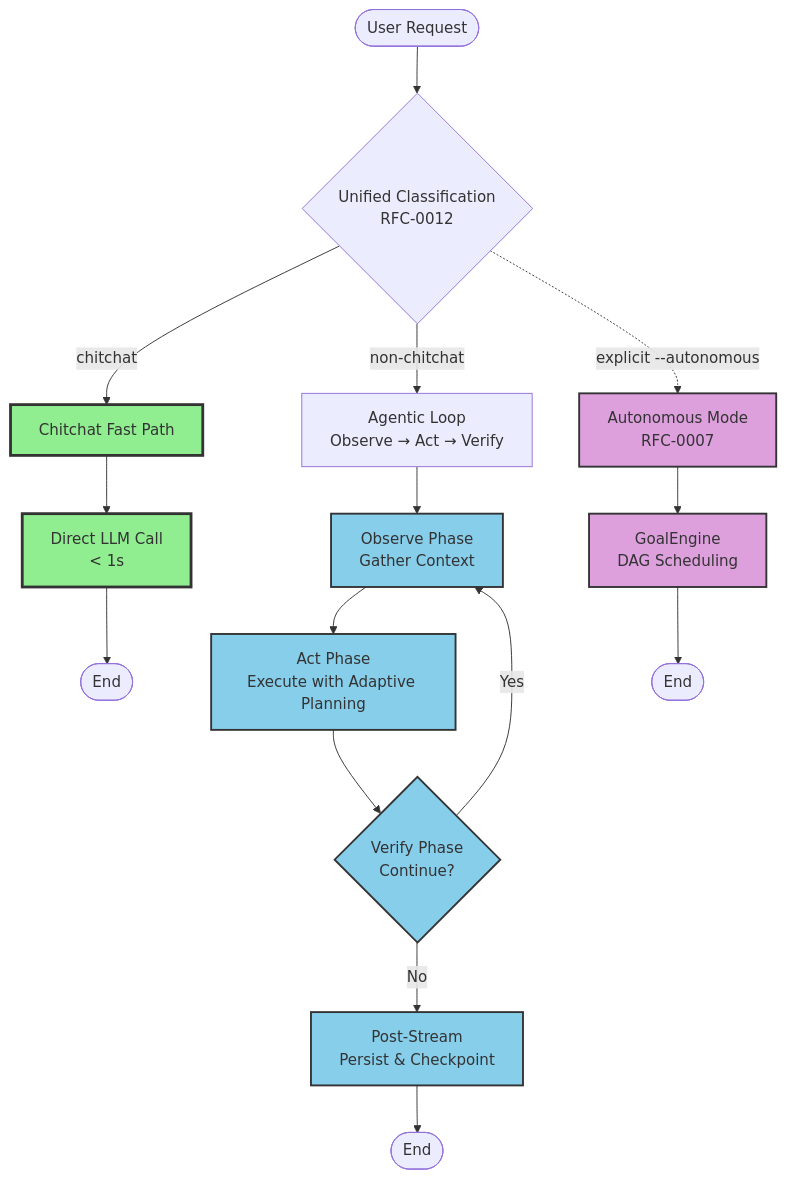
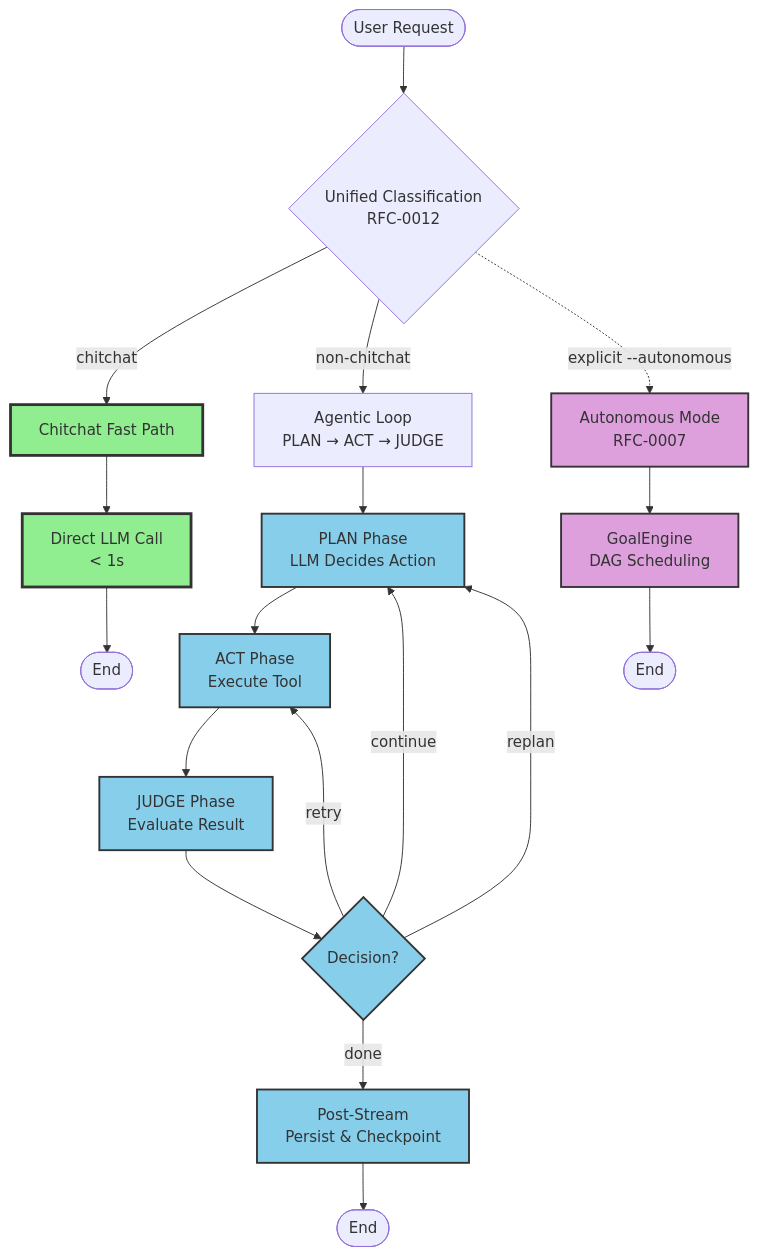
One commit to OpenSoothe/soothe changed the first of 2 diagrams in docs/specs/RFC-0008-agentic-loop-execution.md. Above: the diagram before and after it, drawn with Mermaid. The commit also changed other lines of this file and 11 other files, not shown here.

````diff
--- a/docs/specs/RFC-0008-agentic-loop-execution.md
+++ b/docs/specs/RFC-0008-agentic-loop-execution.md
@@ -58,33 +73,36 @@
 ```mermaid
 flowchart TD
     Start([User Request]) --> Classify{Unified Classification<br/>RFC-0012}
 
     %% Chitchat Fast Path
     Classify -->|chitchat| Fast[Chitchat Fast Path]
     Fast --> DirectLLM[Direct LLM Call<br/>< 1s]
     DirectLLM --> End1([End])
 
     %% Agentic Loop (Default)
-    Classify -->|non-chitchat| Agentic[Agentic Loop<br/>Observe → Act → Verify]
+    Classify -->|non-chitchat| Agentic[Agentic Loop<br/>PLAN → ACT → JUDGE]
 
-    Agentic --> Observe[Observe Phase<br/>Gather Context]
-    Observe --> Act[Act Phase<br/>Execute with Adaptive Planning]
-    Act --> Verify{Verify Phase<br/>Continue?}
+    Agentic --> Plan[PLAN Phase<br/>LLM Decides Action]
+    Plan --> Act[ACT Phase<br/>Execute Tool]
+    Act --> Judge[JUDGE Phase<br/>Evaluate Result]
+    Judge --> Decision{Decision?}
 
-    Verify -->|Yes| Observe
-    Verify -->|No| PostStream[Post-Stream<br/>Persist & Checkpoint]
+    Decision -->|continue| Plan
+    Decision -->|retry| Act
+    Decision -->|replan| Plan
+    Decision -->|done| PostStream[Post-Stream<br/>Persist & Checkpoint]
     PostStream --> End2([End])
 
     %% Autonomous Mode (Explicit)
     Classify -.->|explicit --autonomous| Autonomous[Autonomous Mode<br/>RFC-0007]
     Autonomous --> GoalEngine[GoalEngine<br/>DAG Scheduling]
     GoalEngine --> End3([End])
 
     classDef fastPath fill:#90EE90,stroke:#333,stroke-width:3px
     classDef agentic fill:#87CEEB,stroke:#333,stroke-width:2px
     classDef autonomous fill:#DDA0DD,stroke:#333,stroke-width:2px
 
     class Fast,DirectLLM fastPath
-    class Observe,Act,Verify,PostStream agentic
+    class Plan,Act,Judge,Decision,PostStream agentic
     class Autonomous,GoalEngine autonomous
 ```
````
